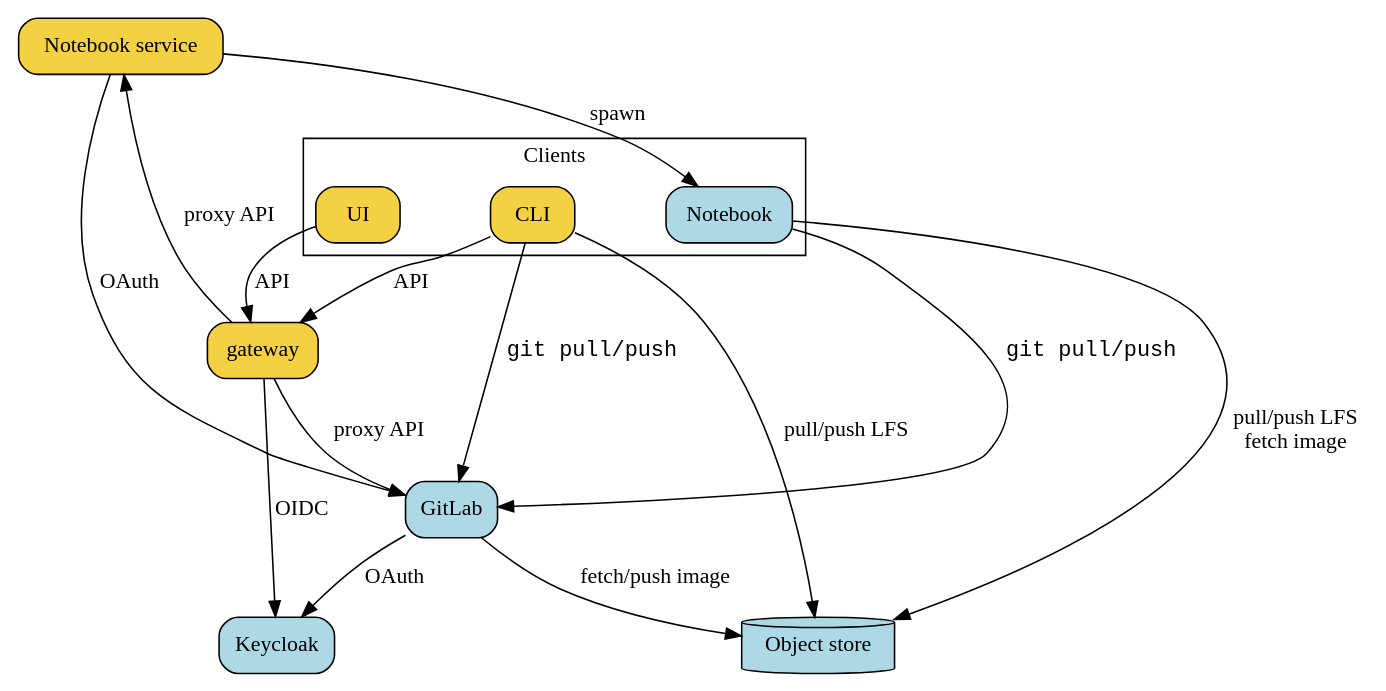
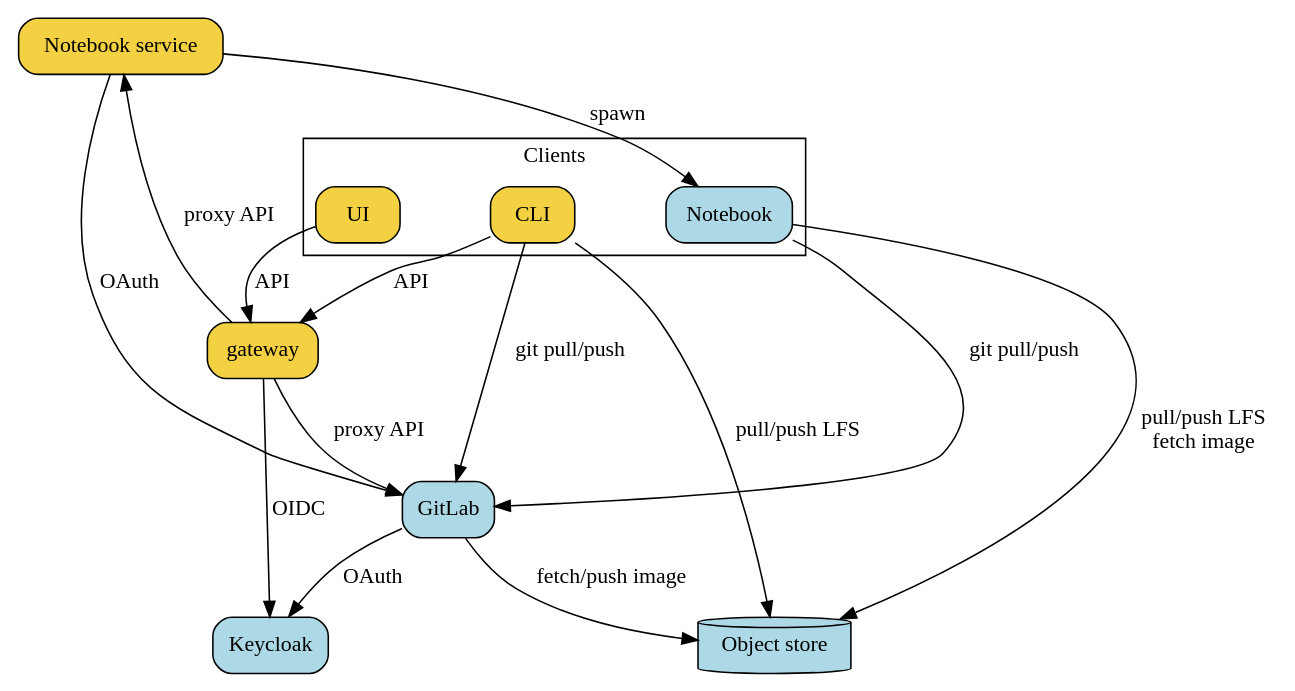
Before and after one commit to SwissDataScienceCenter/renku: the diagram in docs/_static/graphviz/renku_architecture.dot, drawn with Graphviz. The commit also changed 2 other files, not shown here.

Commit message:
docs: remove courier font

```diff
--- a/docs/_static/graphviz/renku_architecture.dot
+++ b/docs/_static/graphviz/renku_architecture.dot
@@ -1,49 +1,49 @@
 strict digraph architecture {
   compound=true;
   newrank=true;
   ordering=out;
 
   graph [fontname="Raleway", nodesep="0.8"];
   node [shape="rect", style="filled,rounded", fontname="Raleway"];
   edge [fontname="Raleway"]
 
 
   # main off-the-shelf services
   GitLab [fillcolor="lightblue" URL="../developer/services/notebooks_service.html#image-builds" target="_graphviz"]
   Keycloak [fillcolor="lightblue"]
   JupyterHub [label="Notebook service" fillcolor="#f4d142" URL="../developer/services/notebooks_service.html" target="_graphviz"]
   Notebook [fillcolor="lightblue"]
 
   # clients
   UI [fillcolor="#f4d142"]
   CLI [fillcolor="#f4d142"]
 
   gateway [fillcolor="#f4d142" URL="../developer/services/api_gateway.html" target="_graphviz"]
 
   storage [fillcolor="lightblue", label="Object store", shape="cylinder"]
 
   subgraph cluster_clients {
     label="Clients"
     UI
     CLI
     Notebook
     {rank=same; UI, CLI, Notebook};
   }
 
   JupyterHub -> Notebook [label=" spawn"]
 
-  CLI -> GitLab [label=" git pull/push" fontname="courier"]
-  Notebook -> GitLab [label=" git pull/push" fontname="courier"]
+  CLI -> GitLab [label=" git pull/push"]
+  Notebook -> GitLab [label=" git pull/push"]
   Notebook -> storage [label=" pull/push LFS\n fetch image"]
   CLI -> gateway [label=" API"]
   UI -> gateway [label=" API"]
   GitLab -> Keycloak [label=" OAuth"]
   JupyterHub -> GitLab [label=" OAuth"]
   gateway -> GitLab [label=" proxy API"]
   gateway -> JupyterHub [label=" proxy API"]
   gateway -> Keycloak [label=" OIDC"]
   GitLab -> storage [label=" fetch/push image"]
   CLI -> storage [label=" pull/push LFS"]
 
   {rank=0; UI}
 }
```
